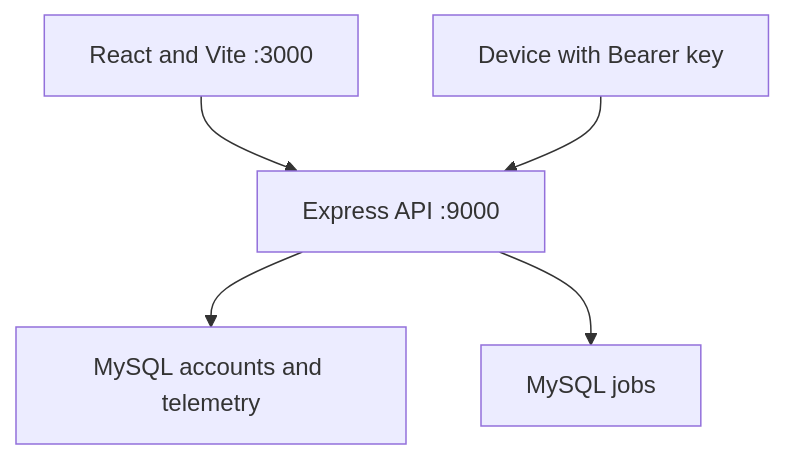
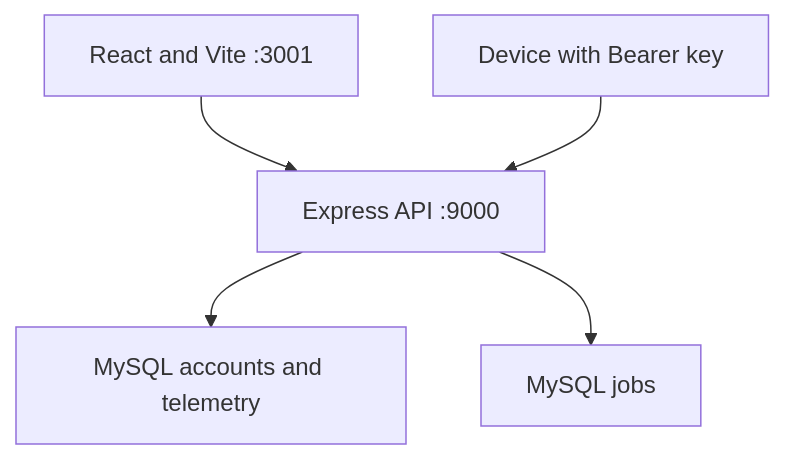
One commit to rakesh9211488-bot/TechFarming changed the diagram in docs/ARCHITECTURE.md. Above: the diagram before and after it, drawn with Mermaid. The commit also changed 9 other files, not shown here.

````diff
--- a/docs/ARCHITECTURE.md
+++ b/docs/ARCHITECTURE.md
@@ -7,7 +7,7 @@
 ```mermaid
 flowchart TD
-  UI[React and Vite :3000] --> API[Express API :9000]
+  UI[React and Vite :3001] --> API[Express API :9000]
   API --> Accounts[MySQL accounts and telemetry]
   API --> Jobs[MySQL jobs]
   Device[Device with Bearer key] --> API
 ```
````
